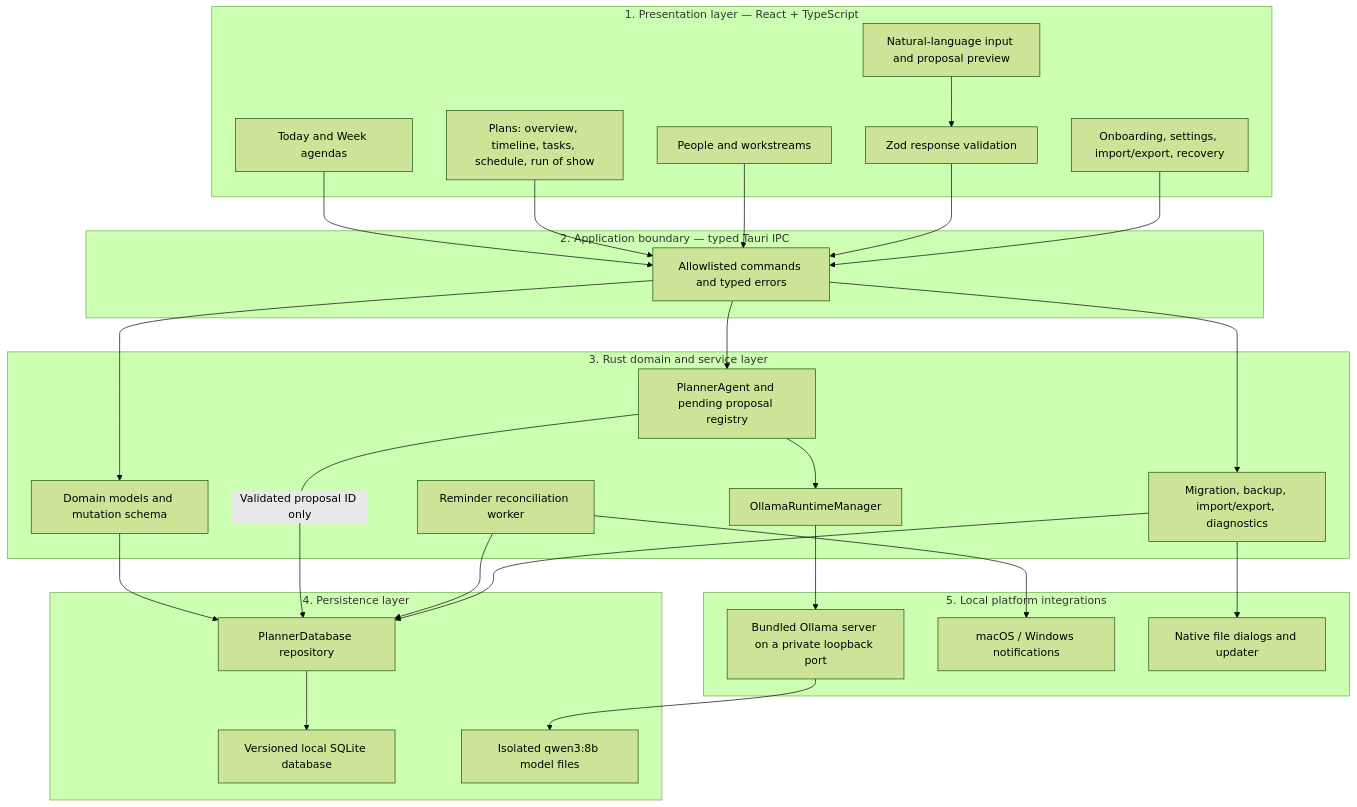
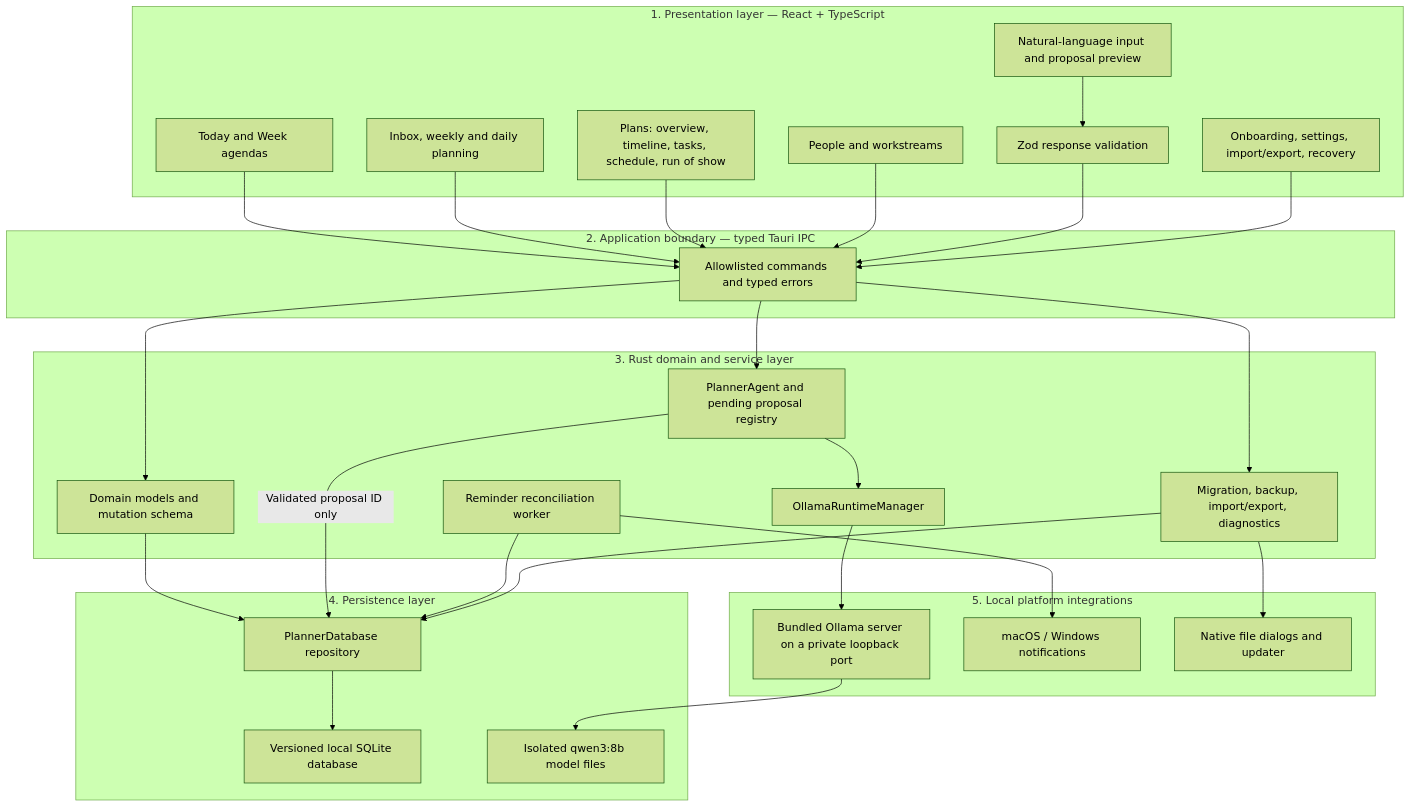
One commit to Von-Van/DelvePlanner changed the first of 3 diagrams in README.md. Above: the diagram before and after it, drawn with Mermaid (forest theme). The commit also changed other lines of this file and 38 other files, not shown here.

````diff
--- a/README.md
+++ b/README.md
@@ -28,52 +30,54 @@
 ```mermaid
 flowchart TB
   subgraph presentation["1. Presentation layer — React + TypeScript"]
     Agenda["Today and Week agendas"]
+    Sessions["Inbox, weekly and daily planning"]
     Plans["Plans: overview, timeline, tasks, schedule, run of show"]
     People["People and workstreams"]
     PlannerUI["Natural-language input and proposal preview"]
     Settings["Onboarding, settings, import/export, recovery"]
     Boundary["Zod response validation"]
   end
 
   subgraph ipc["2. Application boundary — typed Tauri IPC"]
     Commands["Allowlisted commands and typed errors"]
   end
 
   subgraph domain["3. Rust domain and service layer"]
     Models["Domain models and mutation schema"]
     Agent["PlannerAgent and pending proposal registry"]
     Runtime["OllamaRuntimeManager"]
     Reminder["Reminder reconciliation worker"]
     Files["Migration, backup, import/export, diagnostics"]
   end
 
   subgraph persistence["4. Persistence layer"]
     Repo["PlannerDatabase repository"]
     SQLite["Versioned local SQLite database"]
     ModelStore["Isolated qwen3:8b model files"]
   end
 
   subgraph native["5. Local platform integrations"]
     Ollama["Bundled Ollama server on a private loopback port"]
     Notifications["macOS / Windows notifications"]
     Dialogs["Native file dialogs and updater"]
   end
 
   Agenda --> Commands
+  Sessions --> Commands
   Plans --> Commands
   People --> Commands
   PlannerUI --> Boundary --> Commands
   Settings --> Commands
   Commands --> Models
   Commands --> Agent
   Commands --> Files
   Agent --> Runtime --> Ollama
   Ollama --> ModelStore
   Models --> Repo --> SQLite
   Agent -->|"Validated proposal ID only"| Repo
   Reminder --> Repo
   Reminder --> Notifications
   Files --> Repo
   Files --> Dialogs
 ```
````
